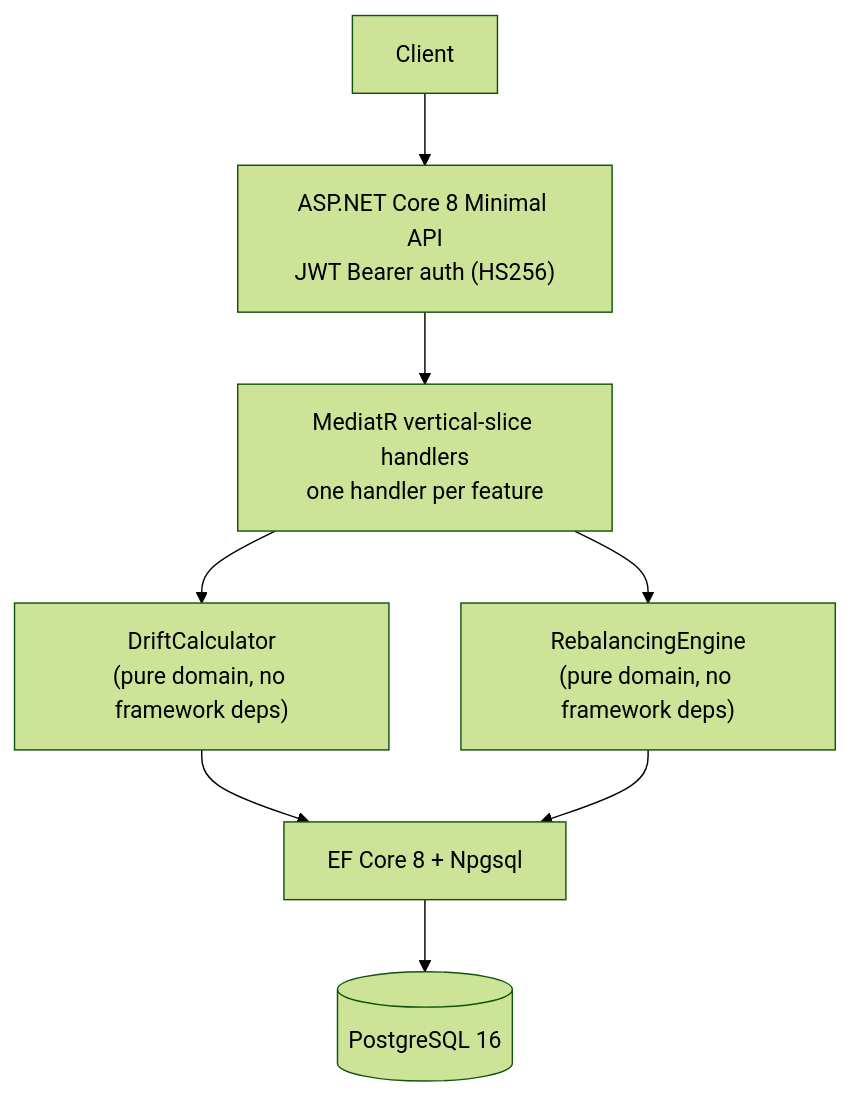
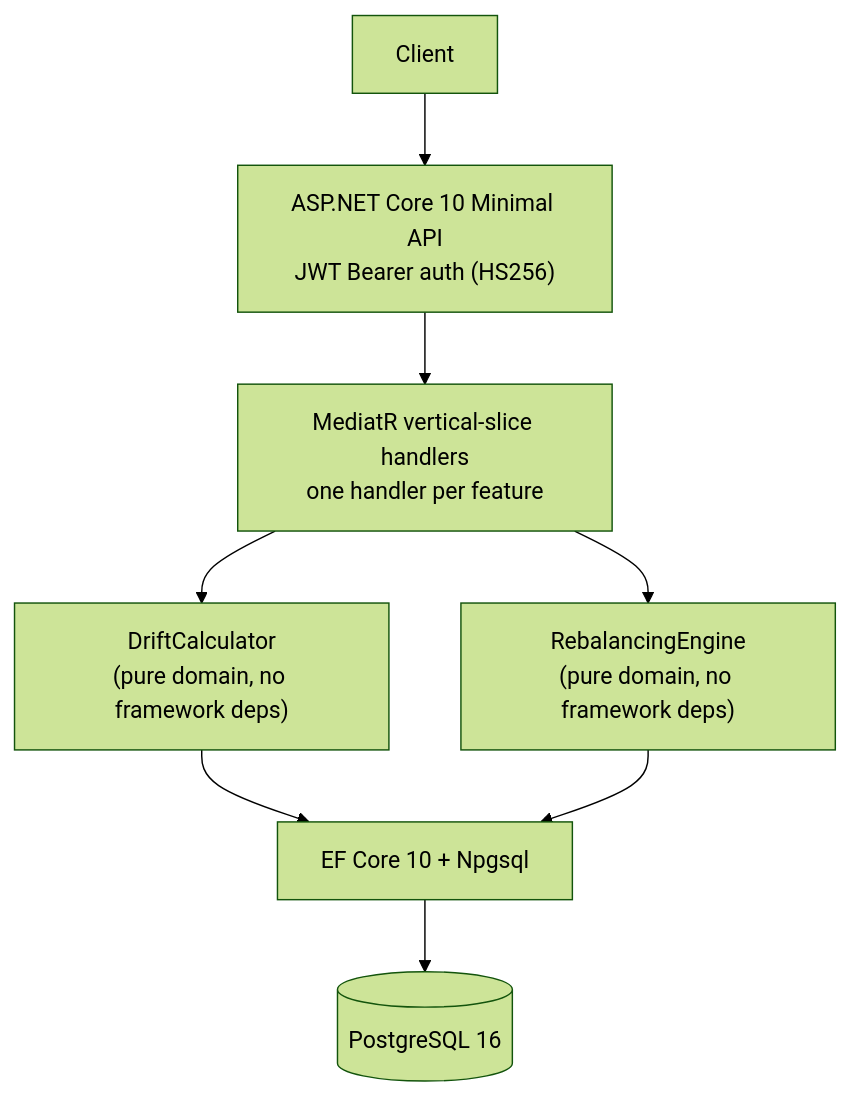
Before and after one commit to coreystevensdev/portfolio-rebalancer: the diagram in README.md, drawn with Mermaid (forest theme). The commit also changed other lines of this file and 6 other files, not shown here.

````diff
--- a/README.md
+++ b/README.md
@@ -20,9 +20,9 @@
 ```mermaid
 flowchart TD
-    A[Client] --> B["ASP.NET Core 8 Minimal API\nJWT Bearer auth (HS256)"]
+    A[Client] --> B["ASP.NET Core 10 Minimal API\nJWT Bearer auth (HS256)"]
     B --> C["MediatR vertical-slice handlers\none handler per feature"]
     C --> D["DriftCalculator\n(pure domain, no framework deps)"]
     C --> E["RebalancingEngine\n(pure domain, no framework deps)"]
-    D & E --> F["EF Core 8 + Npgsql"]
+    D & E --> F["EF Core 10 + Npgsql"]
     F --> G[(PostgreSQL 16)]
 ```
````
